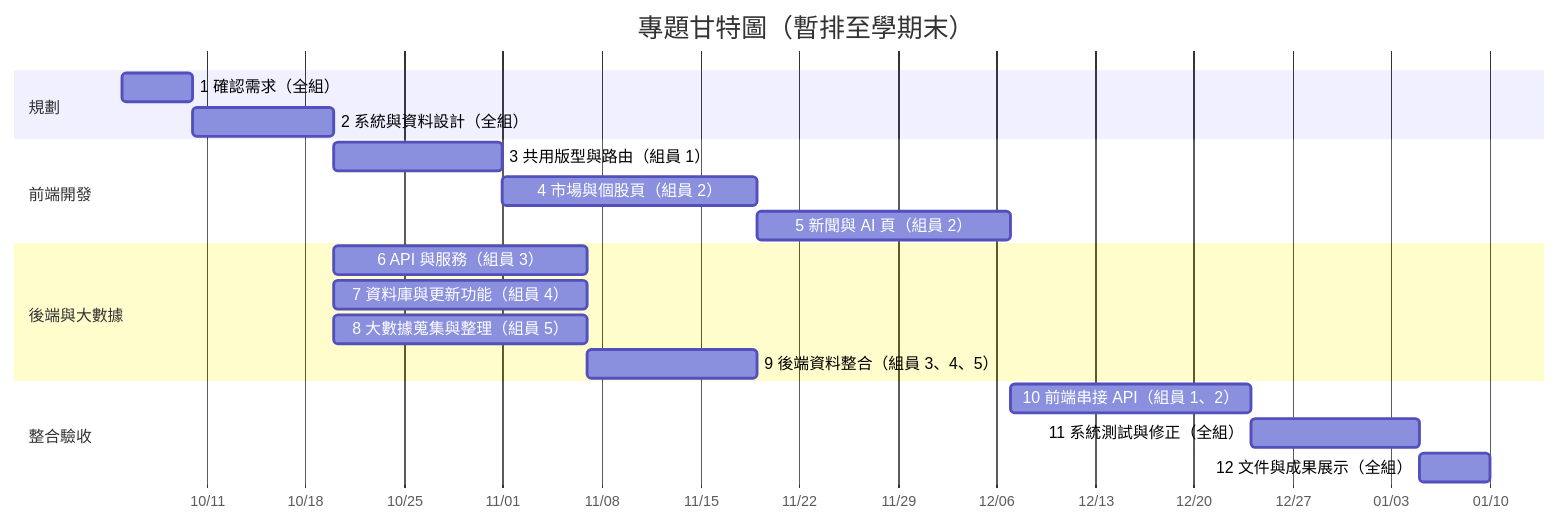
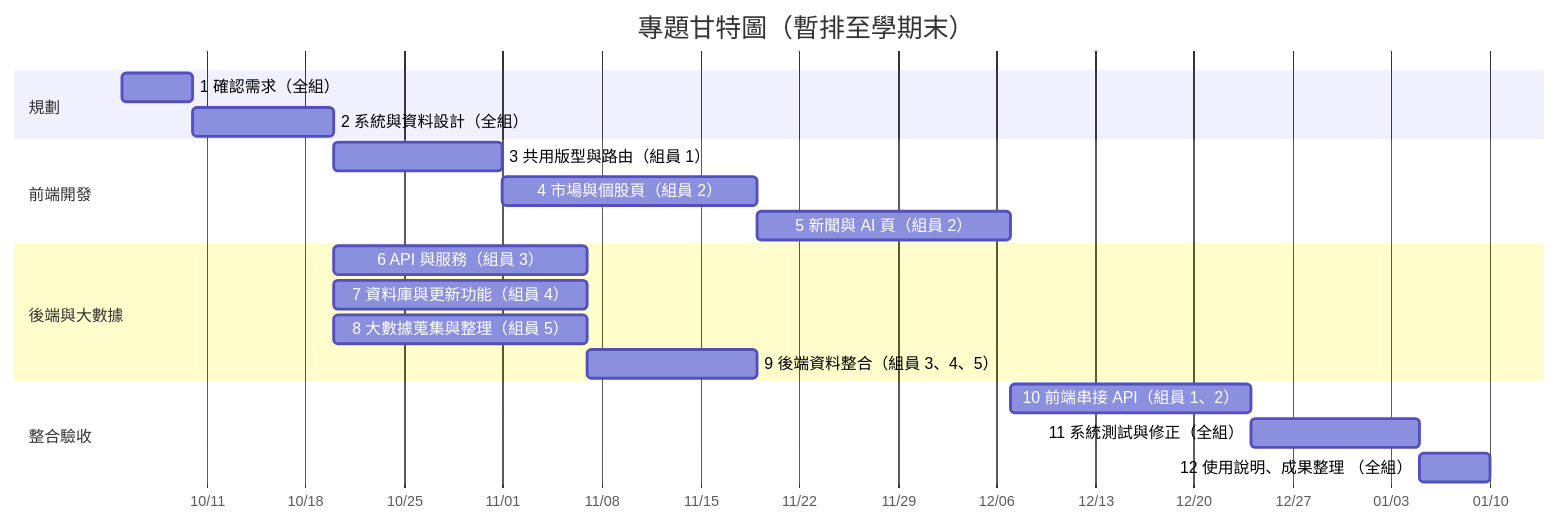
The first of 2 diagrams in hw2.md (c113118204-cpu/Teamproject), drawn with Mermaid before and after one commit. The commit also changed other lines of this file, not shown here.

````diff
--- a/hw2.md
+++ b/hw2.md
@@ -36,22 +40,22 @@
 ```mermaid
 gantt
     title 專題甘特圖（暫排至學期末）
     dateFormat YYYY-MM-DD
     axisFormat %m/%d
     section 規劃
     1 確認需求（全組） :t1, 2026-10-05, 5d
     2 系統與資料設計（全組） :t2, after t1, 10d
     section 前端開發
     3 共用版型與路由（組員 1） :t3, after t2, 12d
     4 市場與個股頁（組員 2） :t4, after t3, 18d
     5 新聞與 AI 頁（組員 2） :t5, after t4, 18d
     section 後端與大數據
     6 API 與服務（組員 3） :t6, after t2, 18d
     7 資料庫與更新功能（組員 4） :t7, after t2, 18d
     8 大數據蒐集與整理（組員 5） :t8, after t2, 18d
     9 後端資料整合（組員 3、4、5） :t9, after t8, 12d
     section 整合驗收
     10 前端串接 API（組員 1、2） :t10, after t5, 17d
     11 系統測試與修正（全組） :t11, after t10, 12d
-    12 文件與成果展示（全組） :t12, after t11, 5d
+    12 使用說明、成果整理 （全組） :t12, after t11, 5d
 ```
````
